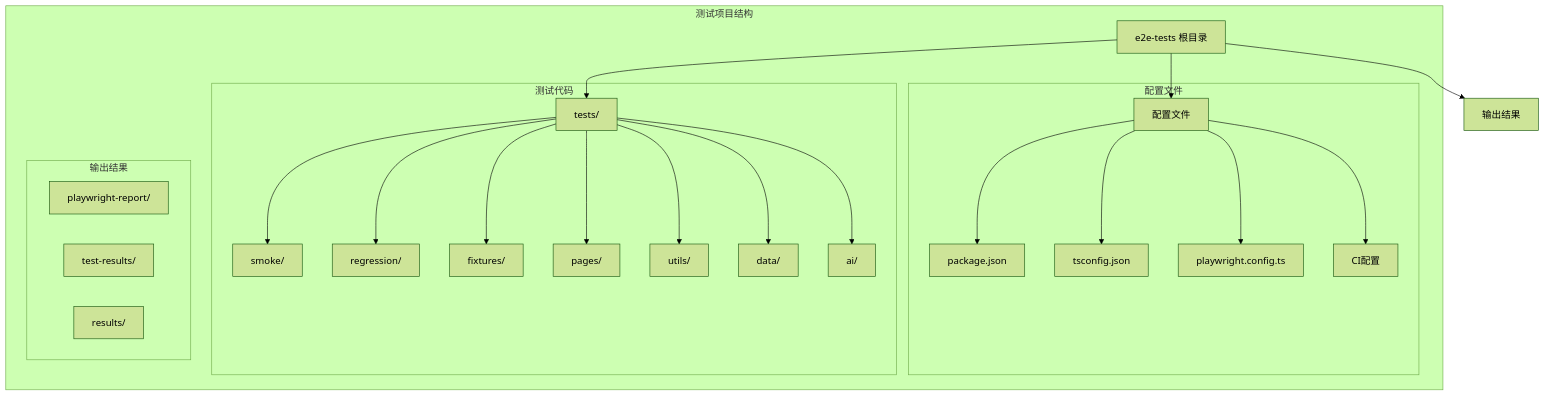
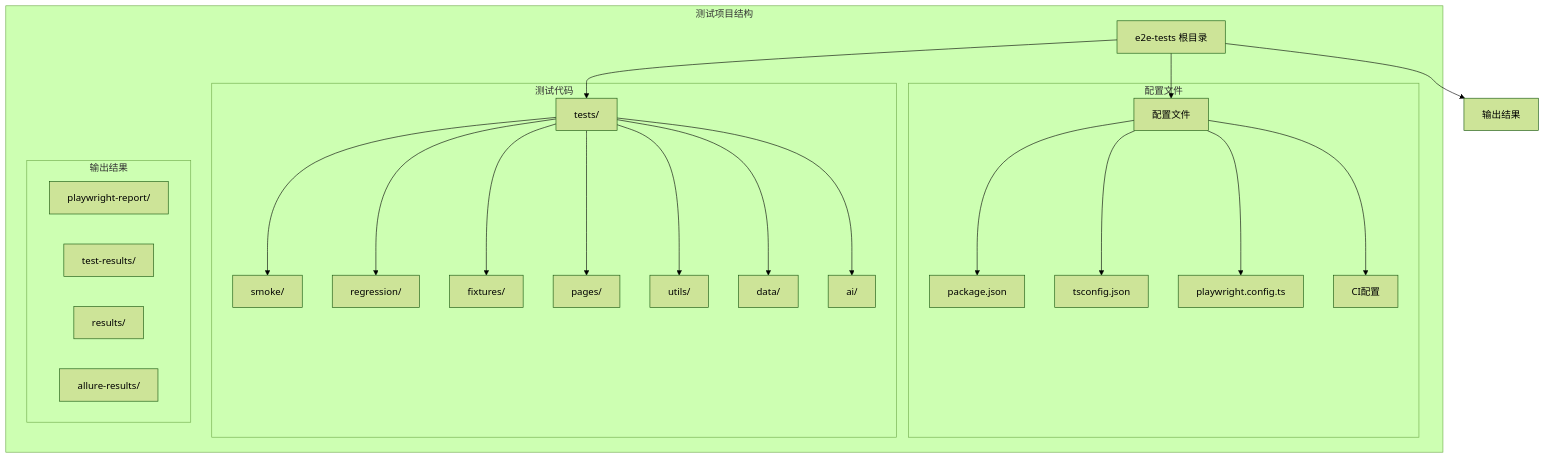
One commit to zzgoviziwind/--playwright changed the first of 10 diagrams in .qoder/repowiki/zh/content/部署和运维/环境配置管理.md. Above: the diagram before and after it, drawn with Mermaid (forest theme). The commit also changed other lines of this file and 112 other files, not shown here.

````diff
--- a/.qoder/repowiki/zh/content/部署和运维/环境配置管理.md
+++ b/.qoder/repowiki/zh/content/部署和运维/环境配置管理.md
@@ -39,42 +48,43 @@
 ```mermaid
 graph TB
 subgraph "测试项目结构"
 Root[e2e-tests 根目录]
 subgraph "配置文件"
 Config[配置文件]
 Package[package.json]
 TSConfig[tsconfig.json]
 PWConfig[playwright.config.ts]
 CI[CI配置]
 end
 subgraph "测试代码"
 Tests[tests/]
 Smoke[smoke/]
 Regression[regression/]
 Fixtures[fixtures/]
 Pages[pages/]
 Utils[utils/]
 Data[data/]
 AI[ai/]
 end
 subgraph "输出结果"
 Report[playwright-report/]
 Results[test-results/]
 Artifacts[results/]
+Allure[allure-results/]
 end
 end
 Root --> Config
 Root --> Tests
 Root --> Output[输出结果]
 Config --> Package
 Config --> TSConfig
 Config --> PWConfig
 Config --> CI
 Tests --> Smoke
 Tests --> Regression
 Tests --> Fixtures
 Tests --> Pages
 Tests --> Utils
 Tests --> Data
 Tests --> AI
 ```
````
